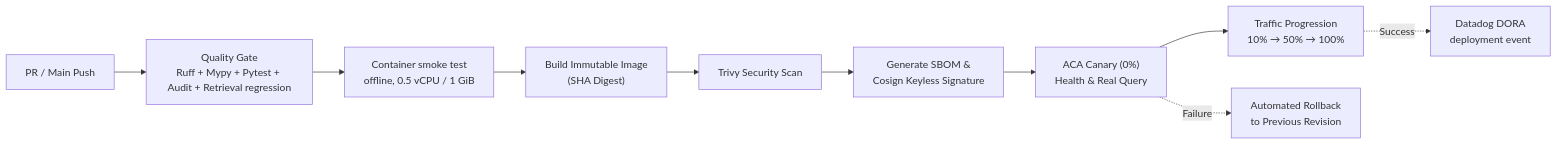
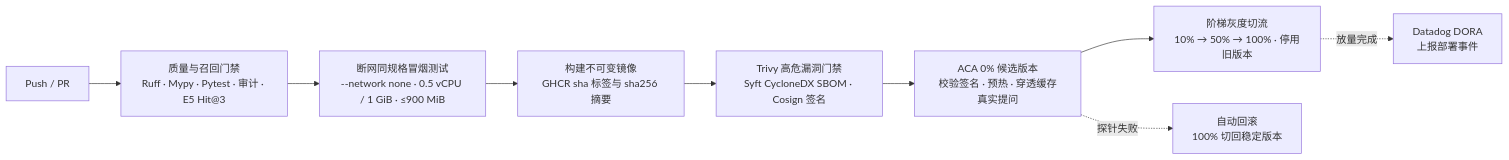
The fourth of 9 diagrams in README.md (workHMZ/aca-ghcr-cicd-lab), drawn with Mermaid before and after one commit. The commit also changed other lines of this file and 1 other file, not shown here.

First line of the commit message:
docs: rewrite trilingual README and SECURITY for v3.2.1

````diff
--- a/README.md
+++ b/README.md
@@ -161,12 +360,11 @@
 ```mermaid
 flowchart LR
-    PR["PR / Main Push"] --> Lint["Quality Gate<br/>Ruff + Mypy + Pytest + Audit + Retrieval regression"]
-    Lint --> Smoke["Container smoke test<br/>offline, 0.5 vCPU / 1 GiB"]
-    Smoke --> Build["Build Immutable Image<br/>(SHA Digest)"]
-    Build --> Scan["Trivy Security Scan"]
-    Scan --> SBOM["Generate SBOM &<br/>Cosign Keyless Signature"]
-    SBOM --> Canary["ACA Canary (0%)<br/>Health & Real Query"]
-    Canary --> Promote["Traffic Progression<br/>10% → 50% → 100%"]
-    Canary -. "Failure" .-> Rollback["Automated Rollback<br/>to Previous Revision"]
-    Promote -. "Success" .-> DORA["Datadog DORA<br/>deployment event"]
+    PR["Push / PR"] --> Gate["质量与召回门禁<br/>Ruff · Mypy · Pytest · 审计 · E5 Hit@3"]
+    Gate --> Smoke["断网同规格冒烟测试<br/>--network none · 0.5 vCPU / 1 GiB · ≤900 MiB"]
+    Smoke --> Build["构建不可变镜像<br/>GHCR sha 标签与 sha256 摘要"]
+    Build --> Verify["Trivy 高危漏洞门禁<br/>Syft CycloneDX SBOM · Cosign 签名"]
+    Verify --> Canary["ACA 0% 候选版本<br/>校验签名 · 预热 · 穿透缓存真实提问"]
+    Canary --> Shift["阶梯灰度切流<br/>10% → 50% → 100% · 停用旧版本"]
+    Canary -. "探针失败" .-> Rollback["自动回滚<br/>100% 切回稳定版本"]
+    Shift -. "放量完成" .-> DORA["Datadog DORA<br/>上报部署事件"]
 ```
````
